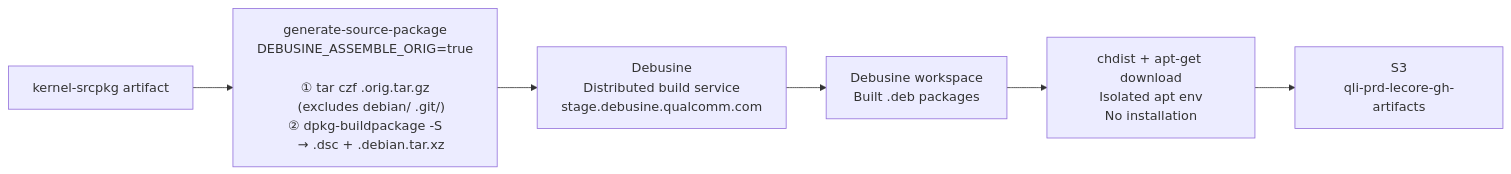
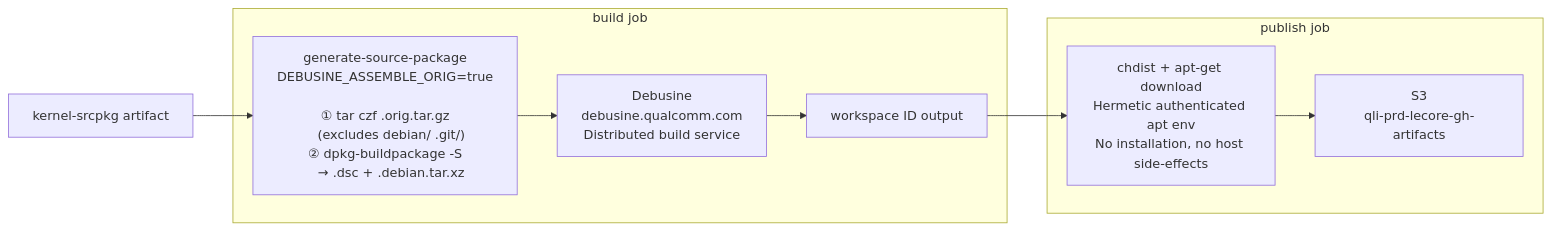
The fourth of 5 diagrams in README.md (qualcomm-linux/pkg-linux-qcom), drawn with Mermaid before and after one commit. The commit also changed other lines of this file, not shown here.

First line of the commit message:
docs: update README to reflect build-kernel-debusine.yml refactor

````diff
--- a/README.md
+++ b/README.md
@@ -149,14 +150,17 @@
 ```mermaid
 flowchart LR
     ART["kernel-srcpkg artifact"] --> GSP
 
-    GSP["generate-source-package\nDEBUSINE_ASSEMBLE_ORIG=true\n\n① tar czf .orig.tar.gz\n   (excludes debian/ .git/)\n② dpkg-buildpackage -S\n   → .dsc + .debian.tar.xz"] --> DEB
+    subgraph build job
+        GSP["generate-source-package\nDEBUSINE_ASSEMBLE_ORIG=true\n\n① tar czf .orig.tar.gz\n   (excludes debian/ .git/)\n② dpkg-buildpackage -S\n   → .dsc + .debian.tar.xz"] --> DEB
+        DEB["Debusine\ndebusine.qualcomm.com\nDistributed build service"] --> WS
+        WS["workspace ID output"]
+    end
 
-    DEB["Debusine\nDistributed build service\nstage.debusine.qualcomm.com"] --> WS
-
-    WS["Debusine workspace\nBuilt .deb packages"] --> CHDIST
-
-    CHDIST["chdist + apt-get download\nIsolated apt env\nNo installation"] --> S3
+    subgraph publish job
+        WS --> CHDIST
+        CHDIST["chdist + apt-get download\nHermetic authenticated apt env\nNo installation, no host side-effects"] --> S3
+    end
 
     S3["S3\nqli-prd-lecore-gh-artifacts"]
 ```
````
